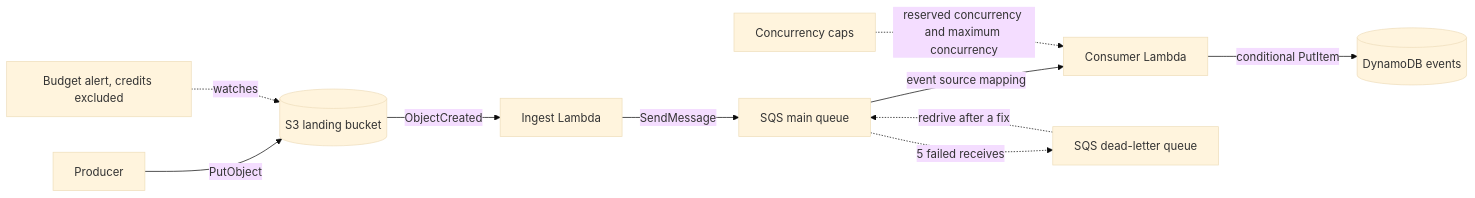
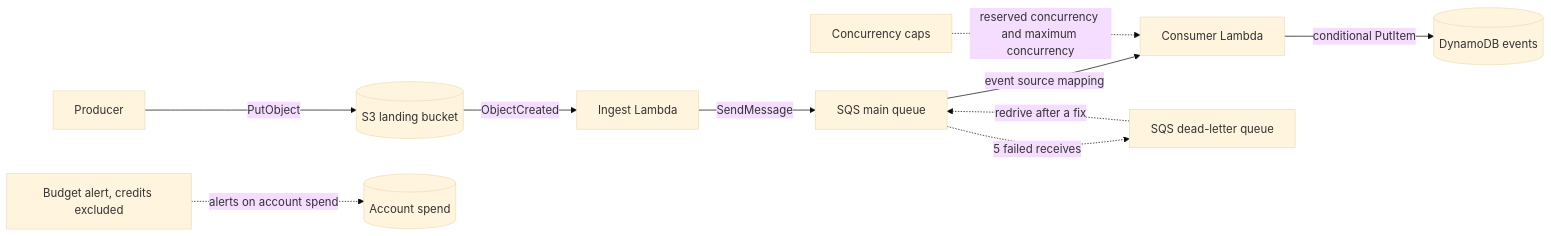
The first of 2 diagrams in docs/overview.md (umbra-codex/project-cloud_serverless-pipeline), drawn with Mermaid (base theme) before and after one commit. The commit also changed other lines of this file and 39 other files, not shown here.

````diff
--- a/docs/overview.md
+++ b/docs/overview.md
@@ -48,12 +48,12 @@
 ```mermaid
 flowchart LR
   P[Producer] -->|PutObject| S3[(S3 landing bucket)]
   S3 -->|ObjectCreated| ING[Ingest Lambda]
   ING -->|SendMessage| Q[SQS main queue]
   Q -->|event source mapping| CON[Consumer Lambda]
   CON -->|conditional PutItem| DDB[(DynamoDB events)]
   Q -.->|5 failed receives| DLQ[SQS dead-letter queue]
   DLQ -.->|redrive after a fix| Q
-  BUD[Budget alert, credits excluded] -.->|watches| S3
+  BUD[Budget alert, credits excluded] -.->|alerts on account spend| ACCT[(Account spend)]
   CAP[Concurrency caps] -.->|reserved concurrency and maximum concurrency| CON
 ```
````
